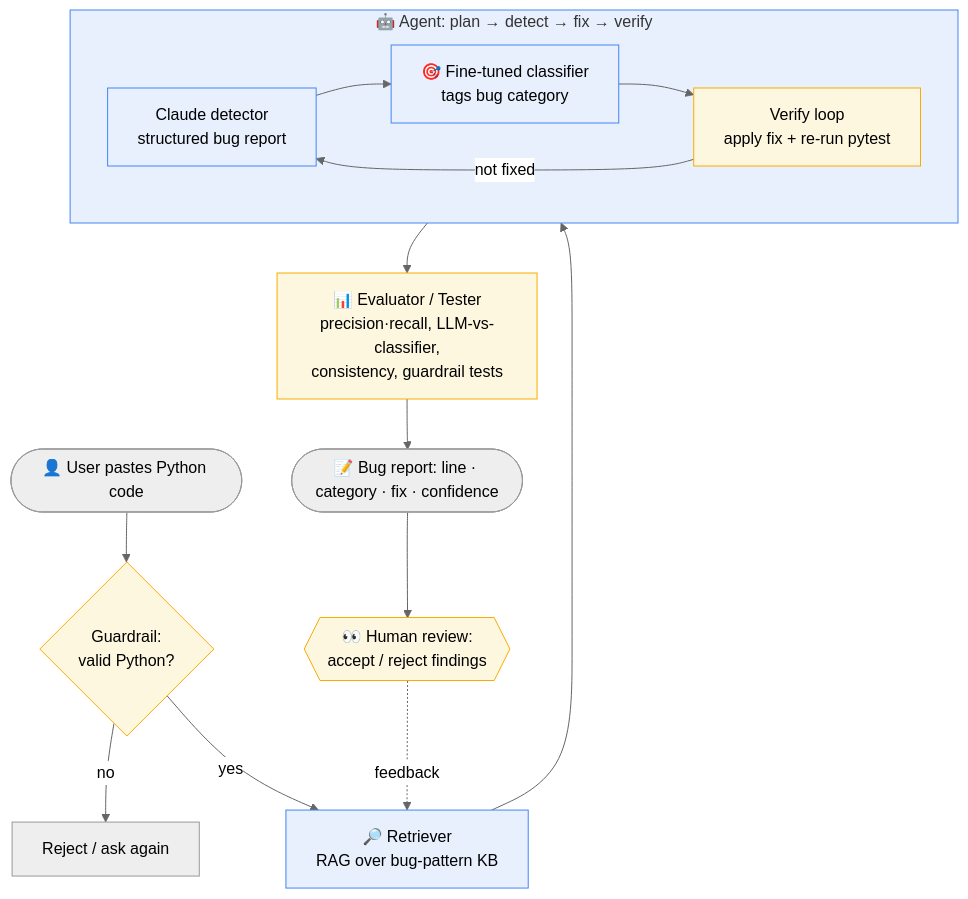
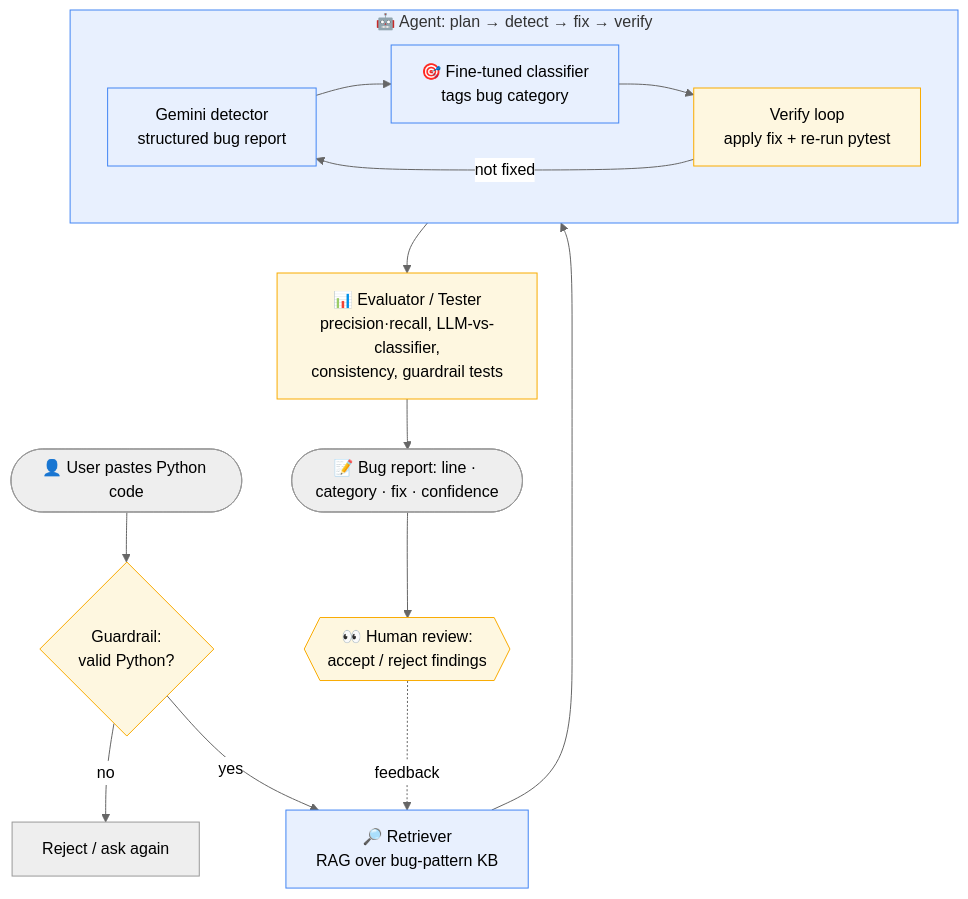
Before and after one commit to Masrawr/CodePath-final-project: the diagram in diagrams/ai_interactions.md, drawn with Mermaid (neutral theme). The commit also changed 8 other files, not shown here.

First line of the commit message:
Implement Gemini detector with structured, validated output

````diff
--- a/diagrams/ai_interactions.md
+++ b/diagrams/ai_interactions.md
@@ -5,27 +5,27 @@
 ```mermaid
 flowchart TD
     User([👤 User pastes Python code]) --> Guard{Guardrail:<br/>valid Python?}
     Guard -- no --> Reject[Reject / ask again]
     Guard -- yes --> Retriever[🔎 Retriever<br/>RAG over bug-pattern KB]
 
     Retriever --> Agent
 
     subgraph Agent [🤖 Agent: plan → detect → fix → verify]
-        LLM[Claude detector<br/>structured bug report]
+        LLM[Gemini detector<br/>structured bug report]
         Clf[🎯 Fine-tuned classifier<br/>tags bug category]
         Verify[Verify loop<br/>apply fix + re-run pytest]
         LLM --> Clf --> Verify
         Verify -- not fixed --> LLM
     end
 
     Agent --> Eval[📊 Evaluator / Tester<br/>precision·recall, LLM-vs-classifier,<br/>consistency, guardrail tests]
     Eval --> Output([📝 Bug report: line · category · fix · confidence])
 
     Output --> Human{{👀 Human review:<br/>accept / reject findings}}
     Human -. feedback .-> Retriever
 
     classDef ai fill:#e8f0fe,stroke:#4285f4;
     classDef check fill:#fef7e0,stroke:#f9ab00;
     class Retriever,LLM,Clf,Agent ai;
     class Guard,Eval,Human,Verify check;
 ```
````
